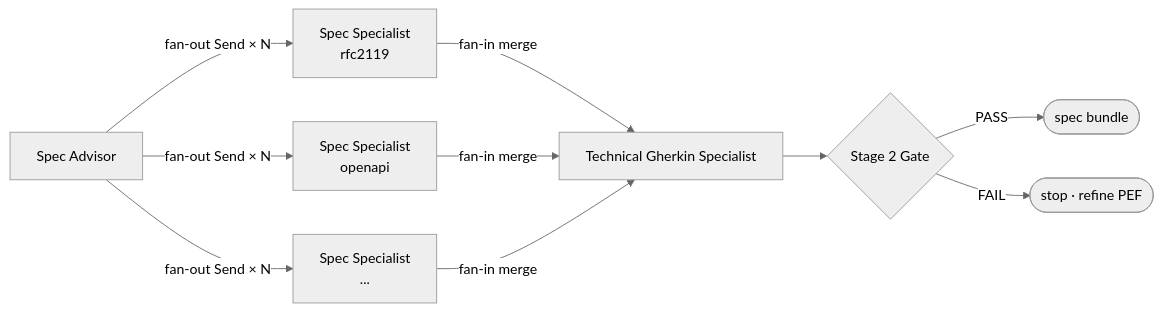
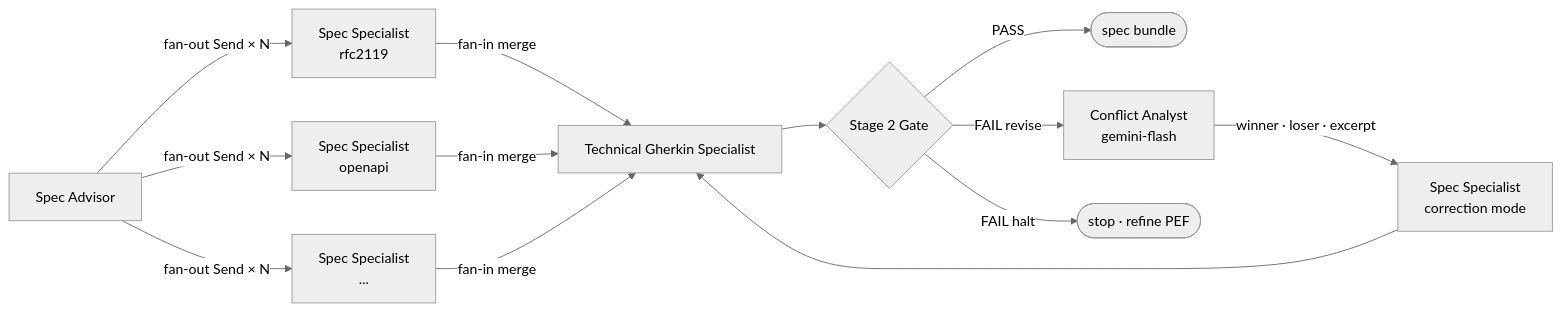
Before and after one commit to nitincp/norma: the second of 2 diagrams in docs/ARCHITECTURE.md, drawn with Mermaid (neutral theme). The commit also changed other lines of this file and 1 other file, not shown here.

First line of the commit message:
docs: merge REQ-005 architecture delta into ARCHITECTURE.md

````diff
--- a/docs/ARCHITECTURE.md
+++ b/docs/ARCHITECTURE.md
@@ -29,10 +29,13 @@
 ```mermaid
 flowchart LR
     SA[Spec Advisor] -->|fan-out Send × N| SS1 & SS2 & SSN
     SS1[Spec Specialist\nrfc2119] & SS2[Spec Specialist\nopenapi] & SSN[Spec Specialist\n...] -->|fan-in merge| TGS
     TGS[Technical Gherkin Specialist] --> S2G
 
     S2G{Stage 2 Gate}
     S2G -->|PASS| OUT([spec bundle])
-    S2G -->|FAIL| STOP([stop · refine PEF])
+    S2G -->|FAIL revise| CA[Conflict Analyst\ngemini-flash]
+    CA -->|winner · loser · excerpt| SSC[Spec Specialist\ncorrection mode]
+    SSC --> TGS
+    S2G -->|FAIL halt| STOP([stop · refine PEF])
 ```
````
